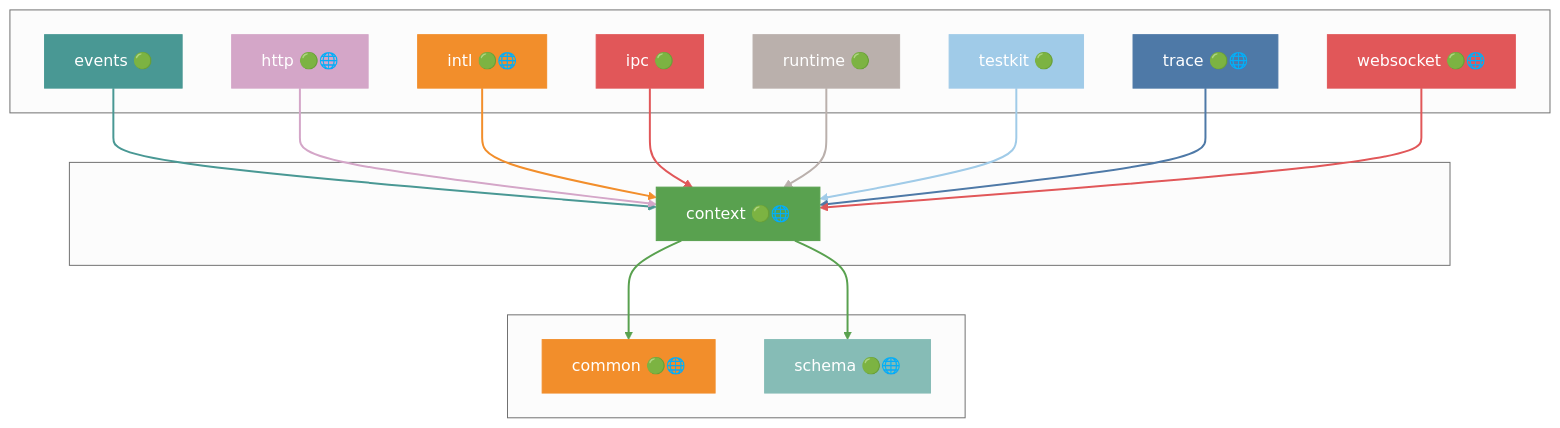
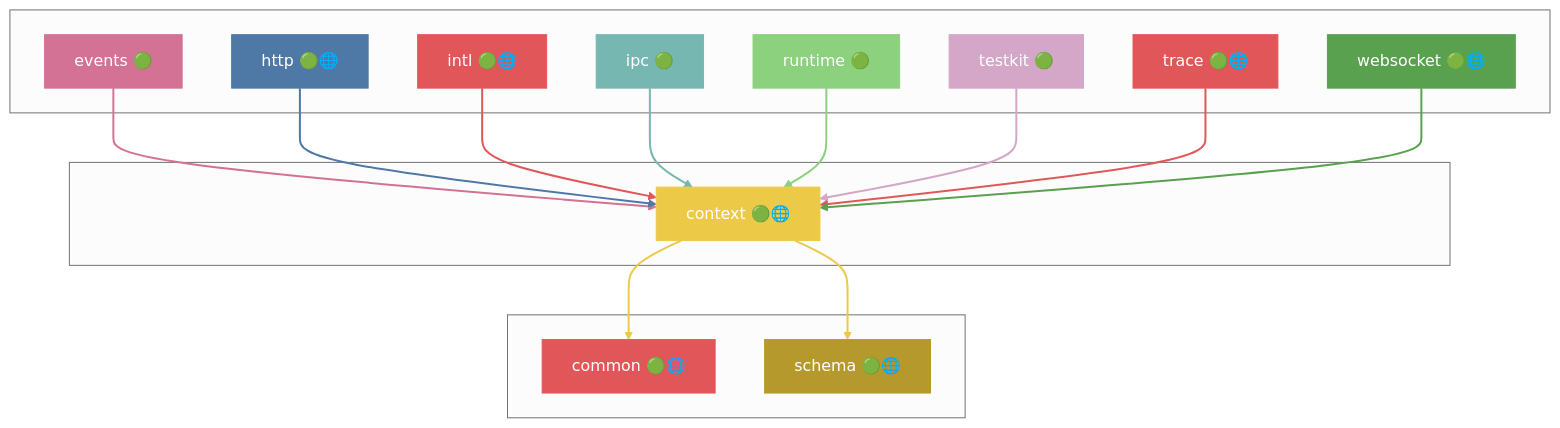
One commit to grest-ts/grest-ts changed the seventh of 42 diagrams in docs/DEPENDENCIES.md. Above: the diagram before and after it, drawn with Mermaid (neutral theme). The commit also changed other lines of this file and 11 other files, not shown here.

````diff
--- a/docs/DEPENDENCIES.md
+++ b/docs/DEPENDENCIES.md
@@ -517,51 +571,51 @@
 ```mermaid
 flowchart TB
     subgraph Dependents[" "]
         events["events 🟢"]
         http["http 🟢🌐"]
         intl["intl 🟢🌐"]
         ipc["ipc 🟢"]
         runtime["runtime 🟢"]
         testkit["testkit 🟢"]
         trace["trace 🟢🌐"]
         websocket["websocket 🟢🌐"]
     end
     subgraph Package[" "]
         context["context 🟢🌐"]
     end
     subgraph Dependencies[" "]
         common["common 🟢🌐"]
         schema["schema 🟢🌐"]
     end
     events --> context
     http --> context
     intl --> context
     ipc --> context
     runtime --> context
     testkit --> context
     trace --> context
     websocket --> context
     context --> common
     context --> schema
-    style context fill:#59A14F,stroke:#59A14F,color:#fff
-    style events fill:#499894,stroke:#499894,color:#fff
-    style http fill:#D4A6C8,stroke:#D4A6C8,color:#fff
-    style intl fill:#F28E2B,stroke:#F28E2B,color:#fff
-    style ipc fill:#E15759,stroke:#E15759,color:#fff
-    style runtime fill:#BAB0AC,stroke:#BAB0AC,color:#fff
-    style testkit fill:#A0CBE8,stroke:#A0CBE8,color:#fff
-    style trace fill:#4E79A7,stroke:#4E79A7,color:#fff
-    style websocket fill:#E15759,stroke:#E15759,color:#fff
-    style common fill:#F28E2B,stroke:#F28E2B,color:#fff
-    style schema fill:#86BCB6,stroke:#86BCB6,color:#fff
-    linkStyle 0 stroke:#499894,stroke-width:2px
-    linkStyle 1 stroke:#D4A6C8,stroke-width:2px
-    linkStyle 2 stroke:#F28E2B,stroke-width:2px
-    linkStyle 3 stroke:#E15759,stroke-width:2px
-    linkStyle 4 stroke:#BAB0AC,stroke-width:2px
-    linkStyle 5 stroke:#A0CBE8,stroke-width:2px
-    linkStyle 6 stroke:#4E79A7,stroke-width:2px
-    linkStyle 7 stroke:#E15759,stroke-width:2px
-    linkStyle 8 stroke:#59A14F,stroke-width:2px
-    linkStyle 9 stroke:#59A14F,stroke-width:2px
+    style context fill:#EDC948,stroke:#EDC948,color:#fff
+    style events fill:#D37295,stroke:#D37295,color:#fff
+    style http fill:#4E79A7,stroke:#4E79A7,color:#fff
+    style intl fill:#E15759,stroke:#E15759,color:#fff
+    style ipc fill:#76B7B2,stroke:#76B7B2,color:#fff
+    style runtime fill:#8CD17D,stroke:#8CD17D,color:#fff
+    style testkit fill:#D4A6C8,stroke:#D4A6C8,color:#fff
+    style trace fill:#E15759,stroke:#E15759,color:#fff
+    style websocket fill:#59A14F,stroke:#59A14F,color:#fff
+    style common fill:#E15759,stroke:#E15759,color:#fff
+    style schema fill:#B6992D,stroke:#B6992D,color:#fff
+    linkStyle 0 stroke:#D37295,stroke-width:2px
+    linkStyle 1 stroke:#4E79A7,stroke-width:2px
+    linkStyle 2 stroke:#E15759,stroke-width:2px
+    linkStyle 3 stroke:#76B7B2,stroke-width:2px
+    linkStyle 4 stroke:#8CD17D,stroke-width:2px
+    linkStyle 5 stroke:#D4A6C8,stroke-width:2px
+    linkStyle 6 stroke:#E15759,stroke-width:2px
+    linkStyle 7 stroke:#59A14F,stroke-width:2px
+    linkStyle 8 stroke:#EDC948,stroke-width:2px
+    linkStyle 9 stroke:#EDC948,stroke-width:2px
 ```
````
